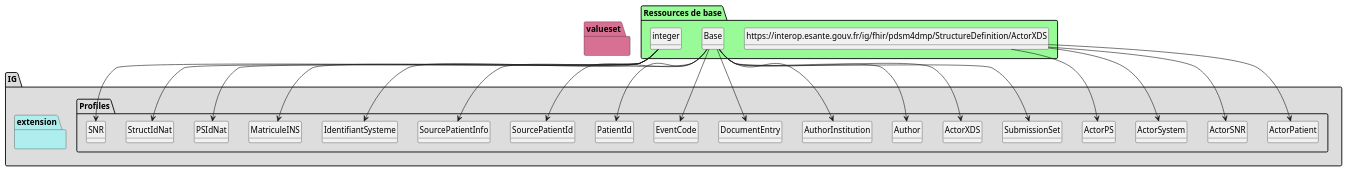
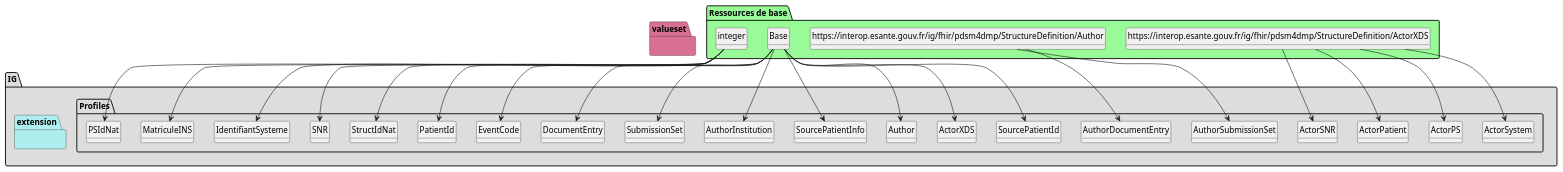
Before and after one commit to ansforge/IG-FHIR-PDSM4DMP-EEDS: the diagram in add-info-dmp/plantuml/graph.puml, drawn with PlantUML. The commit also changed 380 other files, not shown here.

```diff
--- a/add-info-dmp/plantuml/graph.puml
+++ b/add-info-dmp/plantuml/graph.puml
@@ -70,8 +70,17 @@
              Author => [None..None]
              Author.institution => [0..1]
              Author.person => [1..1]
-             Author.role => [1..1]
+             Author.role => [0..*]
              Author.specialty => [0..1]
+        } 
+
+        class AuthorDocumentEntry{
+
+             AuthorDocumentEntry => [None..None]
+             AuthorDocumentEntry.institution => [None..None]
+             AuthorDocumentEntry.person => [None..None]
+             AuthorDocumentEntry.role => [None..None]
+             AuthorDocumentEntry.specialty => [None..None]
         } 
 
         class AuthorInstitution{
@@ -84,6 +93,14 @@
              AuthorInstitution.XON6.composant3 => [1..1]
              AuthorInstitution.XON7 => [1..1]
              AuthorInstitution.XON10 => [1..1]
+        } 
+
+        class AuthorSubmissionSet{
+
+             AuthorSubmissionSet => [None..None]
+             AuthorSubmissionSet.institution => [None..None]
+             AuthorSubmissionSet.person => [None..None]
+             AuthorSubmissionSet.role => [None..None]
         } 
 
         class DocumentEntry{
@@ -235,9 +252,17 @@
 
     class095a1b43effec73955e31e790438de49 --> Author
 
+ class "https://interop.esante.gouv.fr/ig/fhir/pdsm4dmp/StructureDefinition/Author" as  classc2475048e2c7036063c8904a63957e62 
+
+    classc2475048e2c7036063c8904a63957e62 --> AuthorDocumentEntry
+
  class "Base" as  class095a1b43effec73955e31e790438de49 
 
     class095a1b43effec73955e31e790438de49 --> AuthorInstitution
+
+ class "https://interop.esante.gouv.fr/ig/fhir/pdsm4dmp/StructureDefinition/Author" as  classc2475048e2c7036063c8904a63957e62 
+
+    classc2475048e2c7036063c8904a63957e62 --> AuthorSubmissionSet
 
  class "Base" as  class095a1b43effec73955e31e790438de49 
 
```
